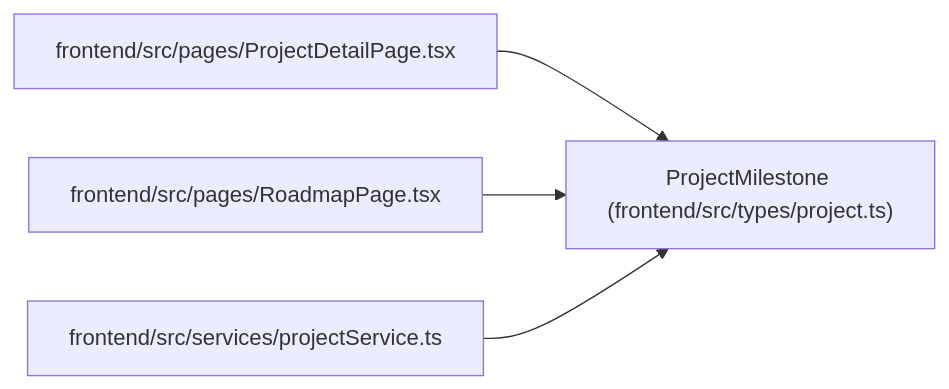
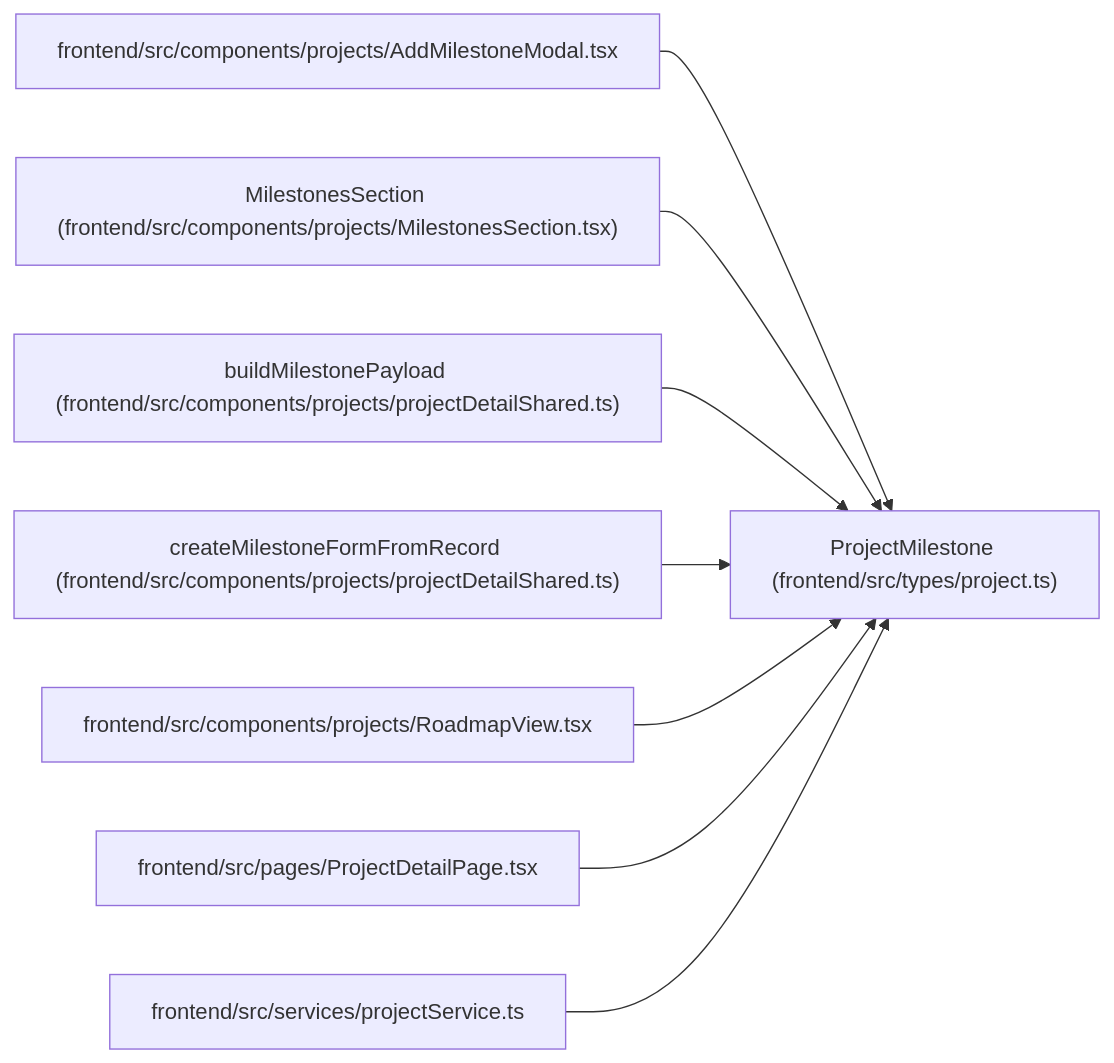
The diagram in docs/llm_wiki/entities/types_project_ProjectMilestone.md (Denissvgn/WorkChord), drawn with Mermaid before and after one commit. The commit also changed other lines of this file and 2373 other files, not shown here.

````diff
--- a/docs/llm_wiki/entities/types_project_ProjectMilestone.md
+++ b/docs/llm_wiki/entities/types_project_ProjectMilestone.md
@@ -34,14 +34,26 @@
 ```mermaid
 flowchart LR
     n0["ProjectMilestone (frontend/src/types/project.ts)"]
-    n1["frontend/src/pages/ProjectDetailPage.tsx"]
-    n2["frontend/src/pages/RoadmapPage.tsx"]
-    n3["frontend/src/services/projectService.ts"]
+    n1["frontend/src/components/projects/AddMilestoneModal.tsx"]
+    n2["MilestonesSection (frontend/src/components/projects/MilestonesSection.tsx)"]
+    n3["buildMilestonePayload (frontend/src/components/projects/projectDetailShared.ts)"]
+    n4["createMilestoneFormFromRecord (frontend/src/components/projects/projectDetailShared.ts)"]
+    n5["frontend/src/components/projects/RoadmapView.tsx"]
+    n6["frontend/src/pages/ProjectDetailPage.tsx"]
+    n7["frontend/src/services/projectService.ts"]
     n1 --> n0
     n2 --> n0
     n3 --> n0
+    n4 --> n0
+    n5 --> n0
+    n6 --> n0
+    n7 --> n0
     click n0 "../modules/types_project.md"
-    click n1 "../modules/ProjectDetailPage.md"
-    click n2 "../modules/RoadmapPage.md"
-    click n3 "../modules/projectService.md"
+    click n1 "../modules/AddMilestoneModal.md"
+    click n2 "../modules/MilestonesSection.md"
+    click n3 "../modules/projectDetailShared.md"
+    click n4 "../modules/projectDetailShared.md"
+    click n5 "../modules/RoadmapView.md"
+    click n6 "../modules/ProjectDetailPage.md"
+    click n7 "../modules/projectService.md"
 ```
````
